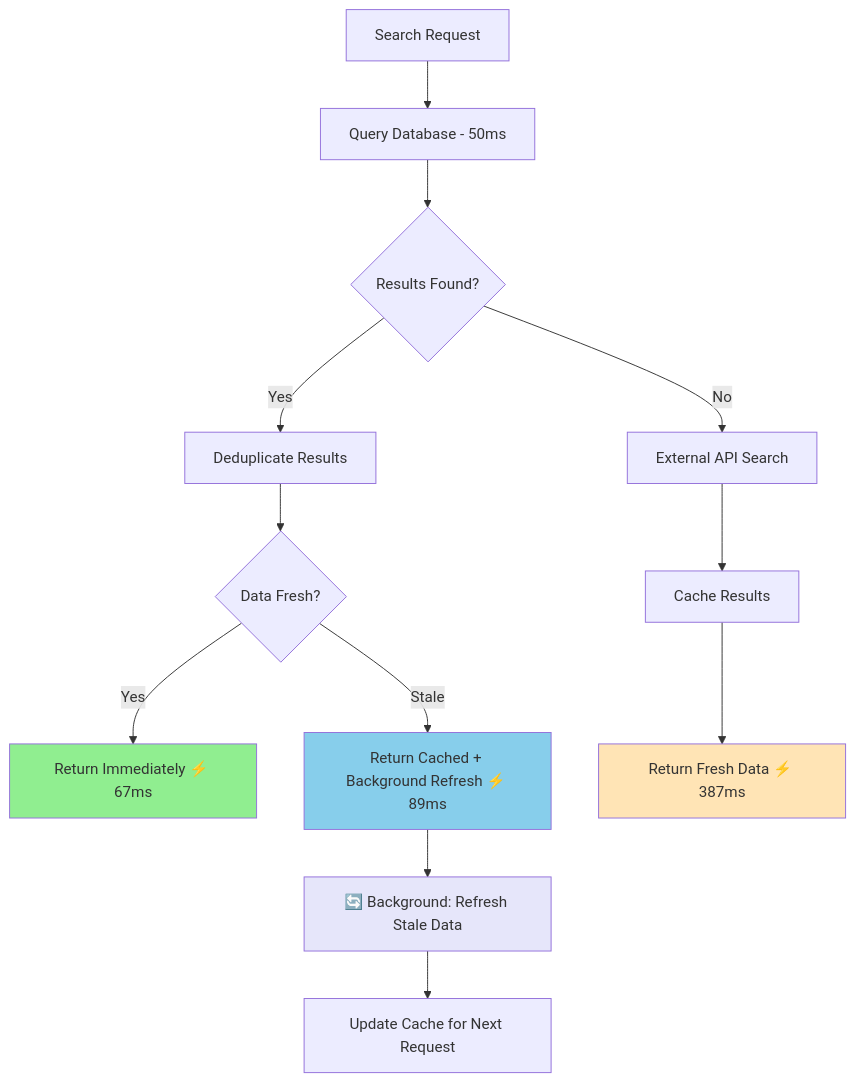
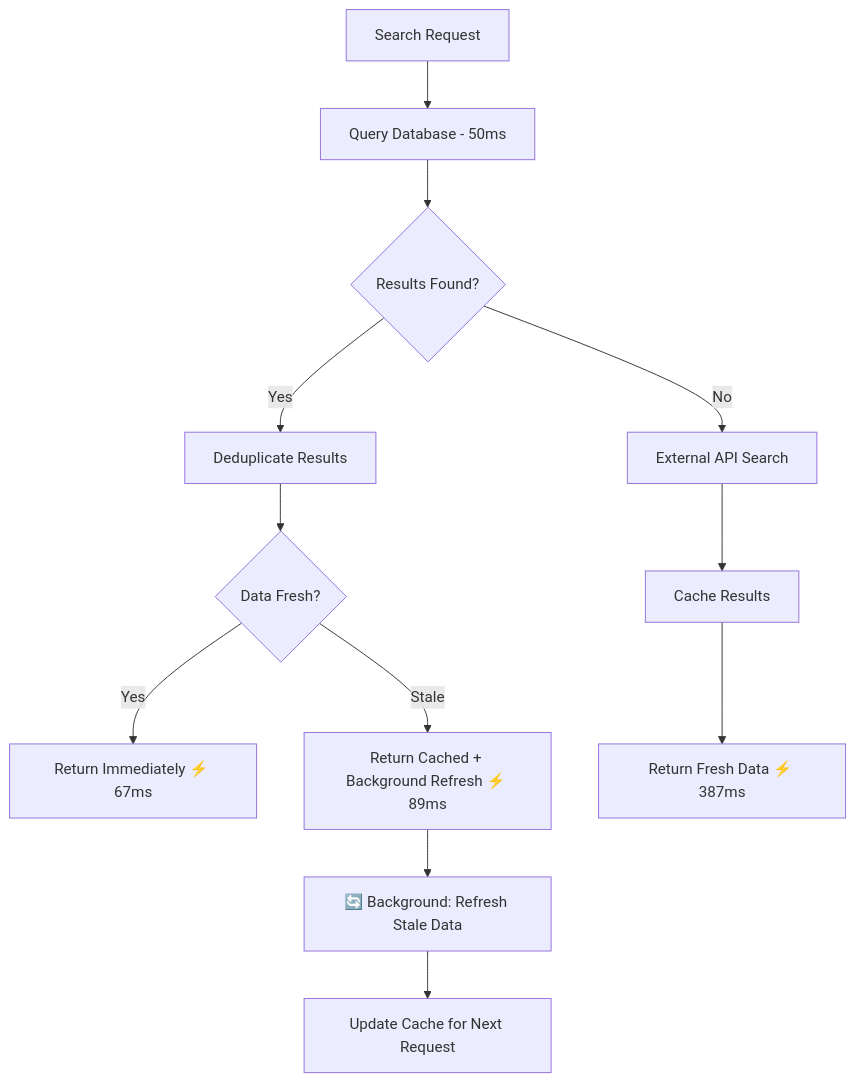
The diagram in ossrepo-backend/docs/watchlist/package_logics/package_feature.md (tigerokuma/BE-SSRT-2), drawn with Mermaid before and after one commit. The commit also changed 10 other files, not shown here.

````diff
--- a/ossrepo-backend/docs/watchlist/package_logics/package_feature.md
+++ b/ossrepo-backend/docs/watchlist/package_logics/package_feature.md
@@ -22,20 +22,15 @@
 ```mermaid
 flowchart TD
     A[Search Request] --> B[Query Database - 50ms]
     B --> C{Results Found?}
     C -- Yes --> D[Deduplicate Results]
     D --> E{Data Fresh?}
     E -- Yes --> F[Return Immediately ⚡ 67ms]
     E -- Stale --> G[Return Cached + Background Refresh ⚡ 89ms]
     C -- No --> H[External API Search]
     H --> I[Cache Results]
     I --> J[Return Fresh Data ⚡ 387ms]
     
     G --> K[🔄 Background: Refresh Stale Data]
     K --> L[Update Cache for Next Request]
-    
-    style F fill:#90EE90
-    style G fill:#87CEEB  
-    style J fill:#FFE4B5
-    style K fill:#E6E6FA
 ```
````
